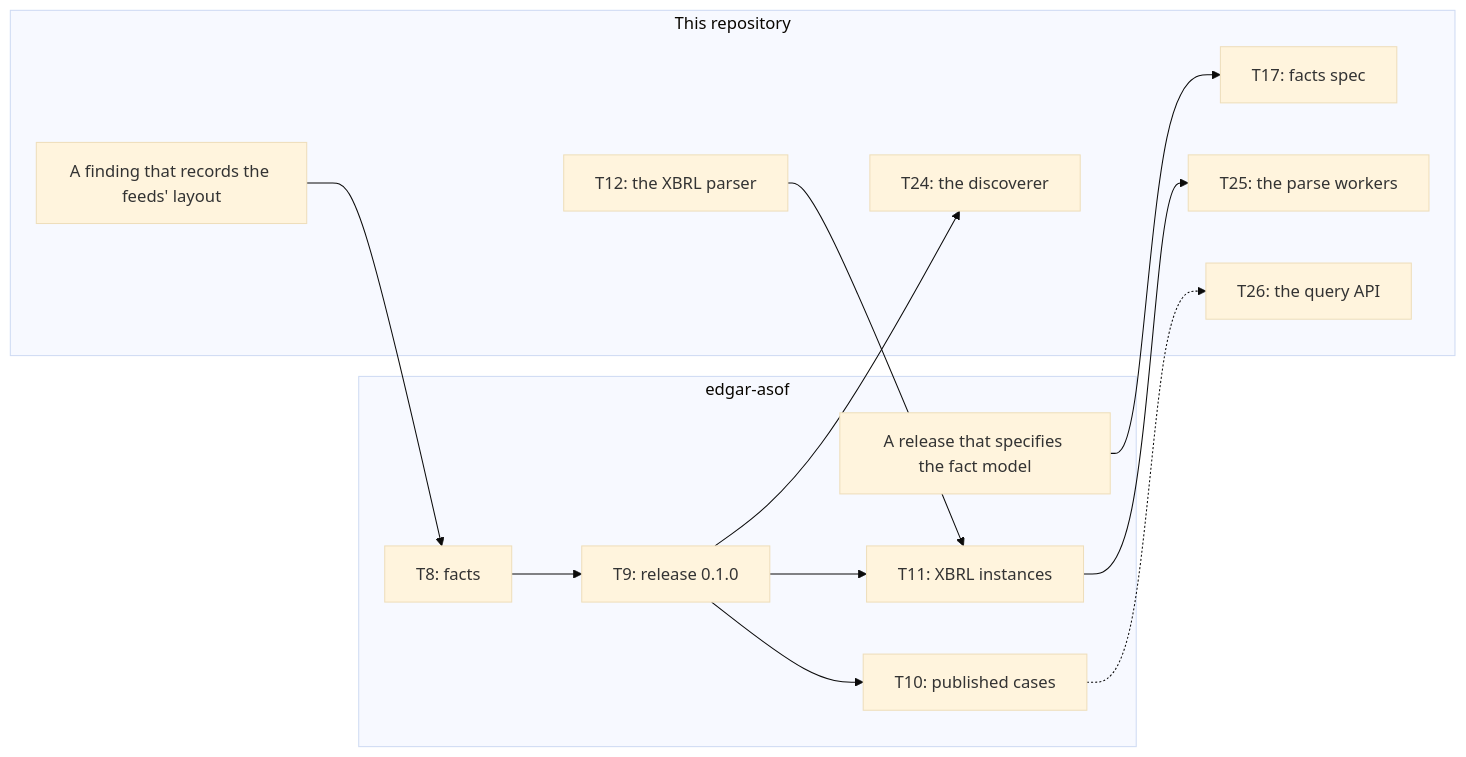
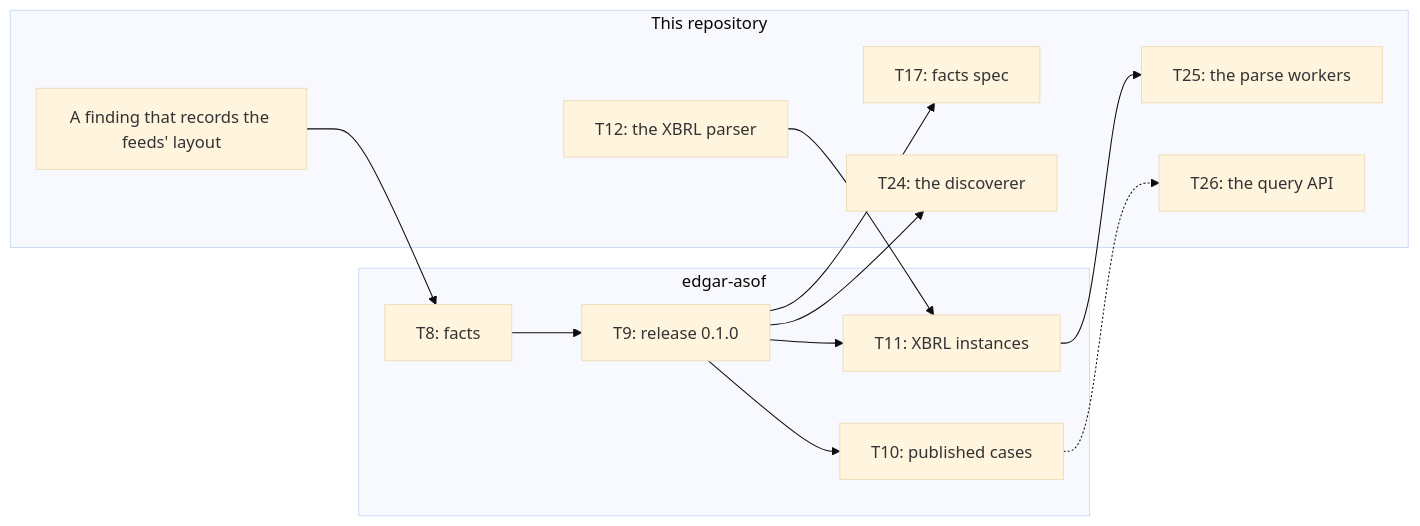
The second of 2 diagrams in docs/explanation/open-questions-and-risks.md (nslaughter/edgar-data-pipeline), drawn with Mermaid (base theme) before and after one commit. The commit also changed other lines of this file and 17 other files, not shown here.

````diff
--- a/docs/explanation/open-questions-and-risks.md
+++ b/docs/explanation/open-questions-and-risks.md
@@ -170,27 +171,26 @@
 ```mermaid
 flowchart LR
     subgraph here["This repository"]
         F["A finding that records the feeds' layout"]
         P12["T12: the XBRL parser"]
         P17["T17: facts spec"]
         P24["T24: the discoverer"]
         P25["T25: the parse workers"]
         P26["T26: the query API"]
     end
     subgraph asof["edgar-asof"]
         A8["T8: facts"]
         A9["T9: release 0.1.0"]
         A10["T10: published cases"]
         A11["T11: XBRL instances"]
-        R["A release that specifies the fact model"]
     end
     F --> A8
     A8 --> A9
     A9 --> P24
     A9 --> A10
     A10 -.-> P26
     A9 --> A11
     P12 --> A11
     A11 --> P25
-    R --> P17
+    A9 --> P17
 ```
````
